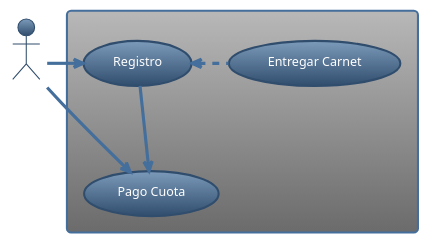
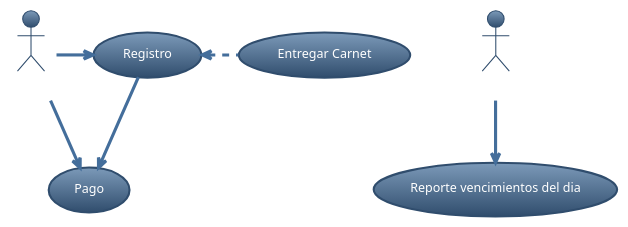
Before and after one commit to itfs29/2024-modelado: the first of 2 diagrams in tpi/tp-integradoc.adoc, drawn with PlantUML. The commit also changed other lines of this file and 1 other file, not shown here.

```diff
--- a/tpi/tp-integradoc.adoc
+++ b/tpi/tp-integradoc.adoc
@@ -34,22 +32,24 @@
 [plantuml, target=i2599146368, svg]
 ....
 @startuml
 
 !theme spacelab
 
-:Socio: as cli
+:Cliente: as cli
 
-rectangle {
+:Administrativo: as adm
+
     (Registro) as (reg)
-    (Pago Cuota) as (pago)
+    (Pago) as (pago)
     (Entregar Carnet) as (entcar)
-}
+    (Reporte vencimientos del dia) as (vendia)
+    (adm) --> (vendia)
 
 (cli) -r-> (reg)
 (reg) --> (pago)
 (reg) <.r. (entcar)
 (cli) -r-> (pago)
 
 
 @enduml
 ....
```
